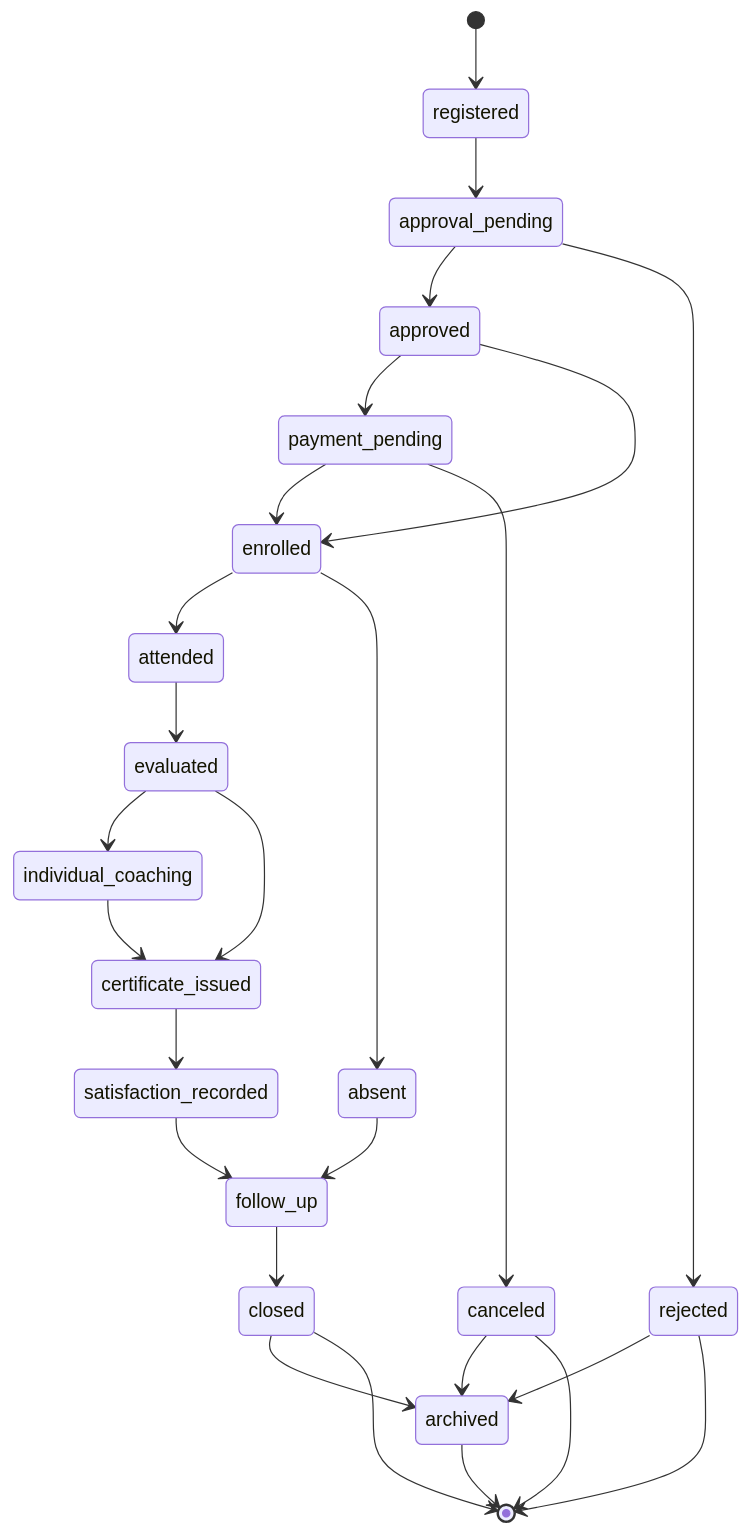
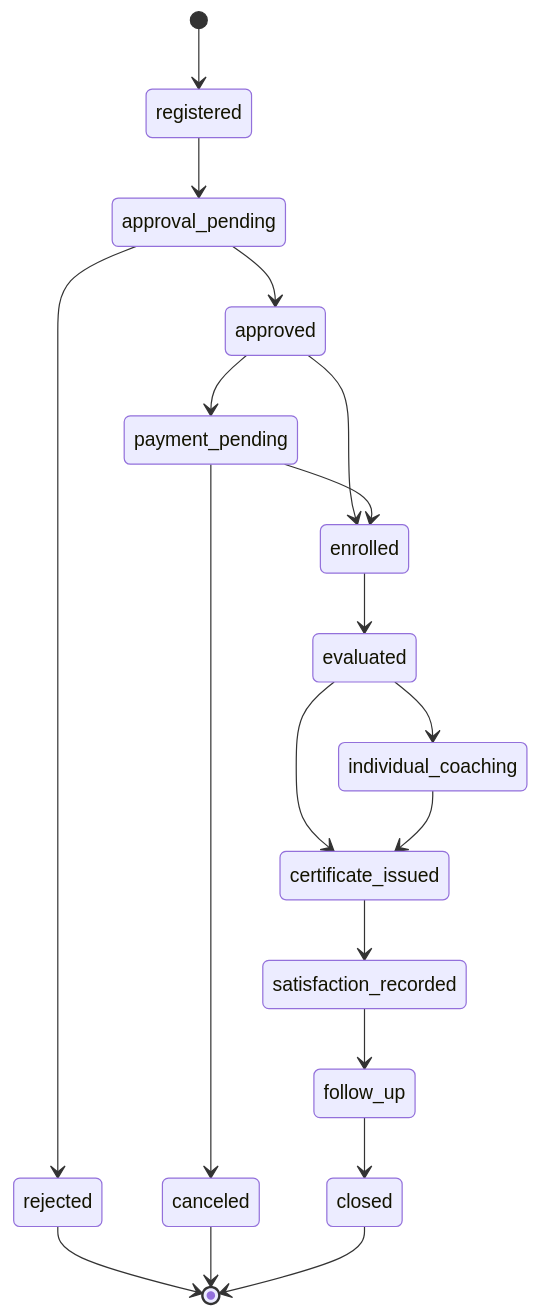
Before and after one commit to cyberdr1ft3r/hire-me-platform: the fifth of 6 diagrams in docs/workflows.md, drawn with Mermaid. The commit also changed other lines of this file and 4 other files, not shown here.

Commit message:
docs: address final architecture review

````diff
--- a/docs/workflows.md
+++ b/docs/workflows.md
@@ -275,28 +331,21 @@
 ```mermaid
 stateDiagram-v2
     [*] --> registered
     registered --> approval_pending
     approval_pending --> approved
     approval_pending --> rejected
     approved --> payment_pending
     approved --> enrolled
     payment_pending --> enrolled
     payment_pending --> canceled
-    enrolled --> attended
-    enrolled --> absent
-    attended --> evaluated
+    enrolled --> evaluated
     evaluated --> individual_coaching
     evaluated --> certificate_issued
     individual_coaching --> certificate_issued
     certificate_issued --> satisfaction_recorded
     satisfaction_recorded --> follow_up
     follow_up --> closed
-    absent --> follow_up
-    rejected --> archived
-    canceled --> archived
-    closed --> archived
     rejected --> [*]
     canceled --> [*]
     closed --> [*]
-    archived --> [*]
 ```
````
